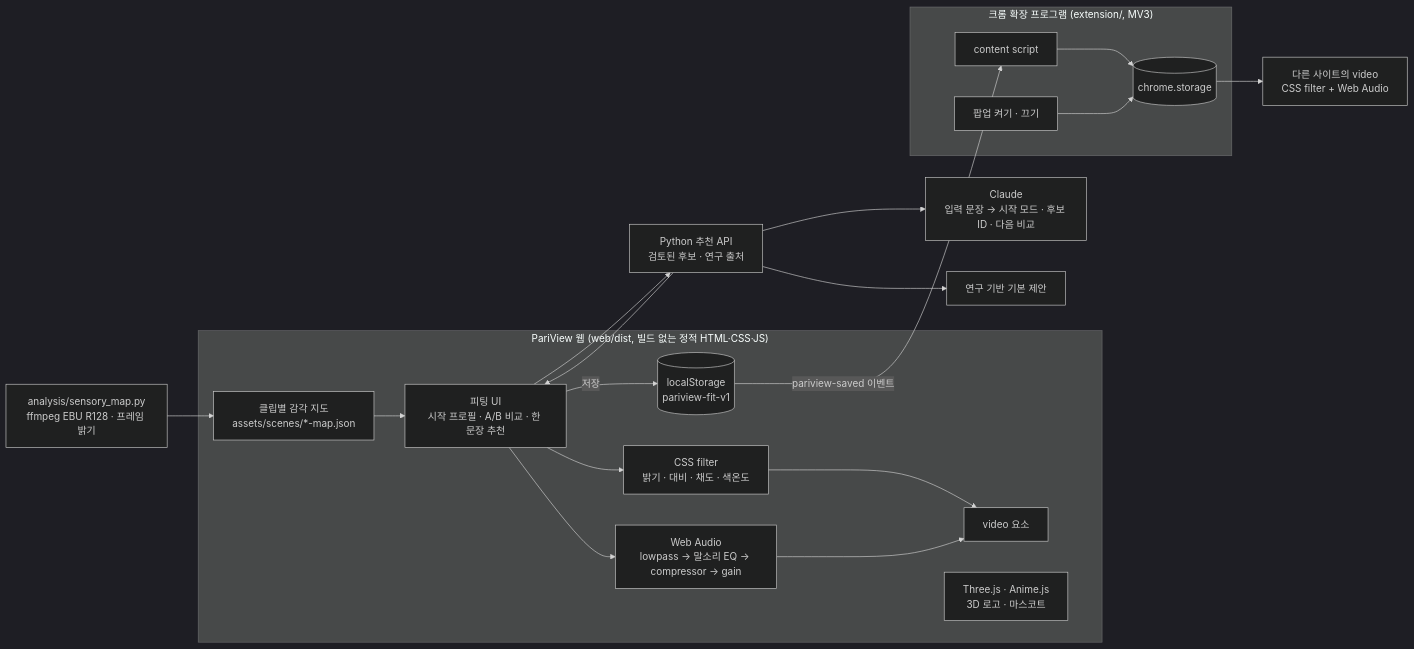
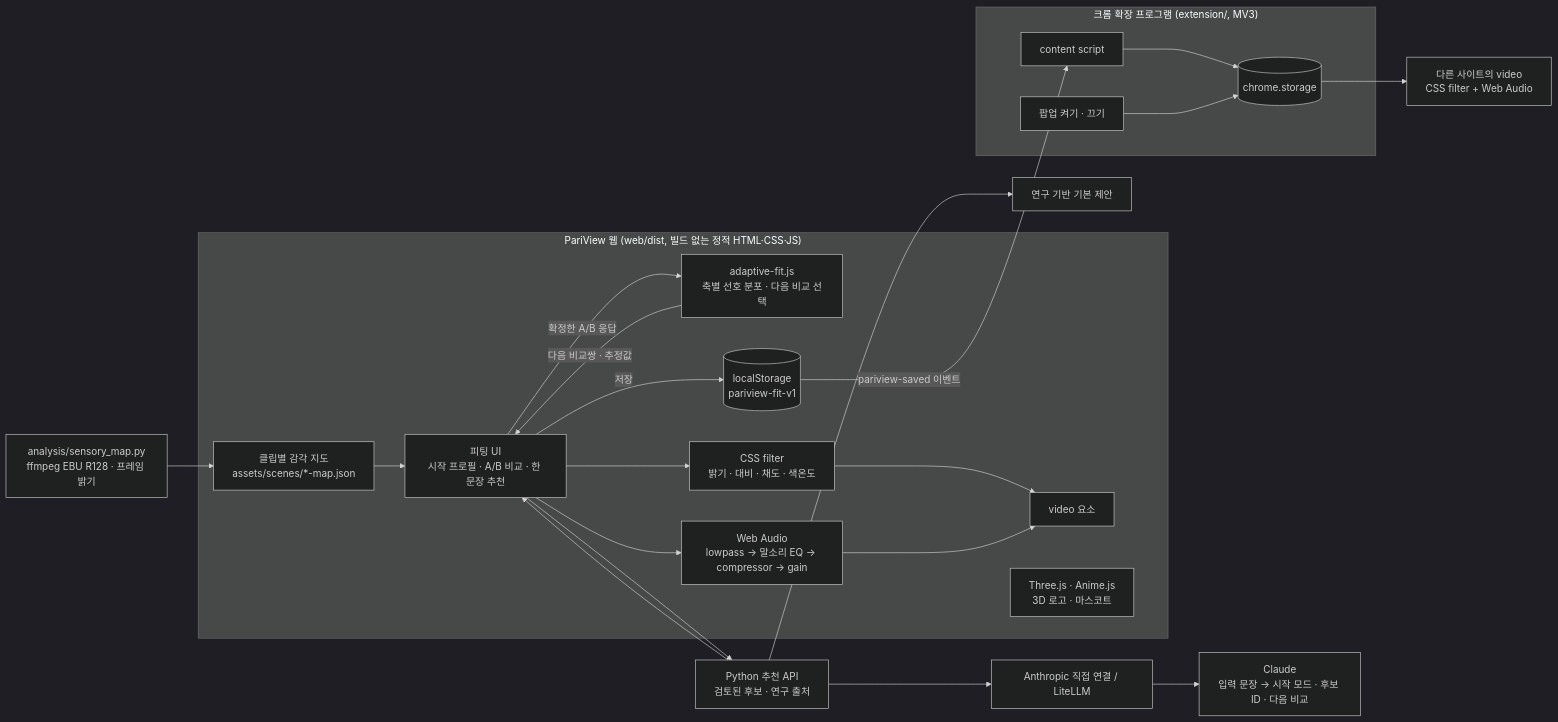
One commit to ryeong03/pariview changed the diagram in README.md. Above: the diagram before and after it, drawn with Mermaid (dark theme). The commit also changed other lines of this file and 1 other file, not shown here.

Commit message:
docs: explain adaptive fitting and live AI recommendations first

````diff
--- a/README.md
+++ b/README.md
@@ -76,29 +123,33 @@
 ```mermaid
 flowchart LR
   subgraph Web["PariView 웹 (web/dist, 빌드 없는 정적 HTML·CSS·JS)"]
     UI["피팅 UI<br>시작 프로필 · A/B 비교 · 한 문장 추천"]
+    FIT["adaptive-fit.js<br>축별 선호 분포 · 다음 비교 선택"]
     V["video 요소"]
     F["CSS filter<br>밝기 · 대비 · 채도 · 색온도"]
     A["Web Audio<br>lowpass → 말소리 EQ → compressor → gain"]
     M["클립별 감각 지도<br>assets/scenes/*-map.json"]
     S[("localStorage<br>pariview-fit-v1")]
     G["Three.js · Anime.js<br>3D 로고 · 마스코트"]
+    UI -- "확정한 A/B 응답" --> FIT
+    FIT -- "다음 비교쌍 · 추정값" --> UI
     UI --> F --> V
     UI --> A --> V
     UI -- 저장 --> S
     M --> UI
   end
   subgraph Ext["크롬 확장 프로그램 (extension/, MV3)"]
     CS["content script"]
     CST[("chrome.storage")]
     P["팝업 켜기 · 끄기"]
   end
   S -- "pariview-saved 이벤트" --> CS --> CST
   CST --> O["다른 사이트의 video<br>CSS filter + Web Audio"]
   P --> CST
   AN["analysis/sensory_map.py<br>ffmpeg EBU R128 · 프레임 밝기"] --> M
   UI --> API["Python 추천 API<br>검토된 후보 · 연구 출처"]
-  API --> Claude["Claude<br>입력 문장 → 시작 모드 · 후보 ID · 다음 비교"]
+  API --> Gateway["Anthropic 직접 연결 / LiteLLM"]
+  Gateway --> Claude["Claude<br>입력 문장 → 시작 모드 · 후보 ID · 다음 비교"]
   API --> Default["연구 기반 기본 제안"]
   API --> UI
 ```
````
